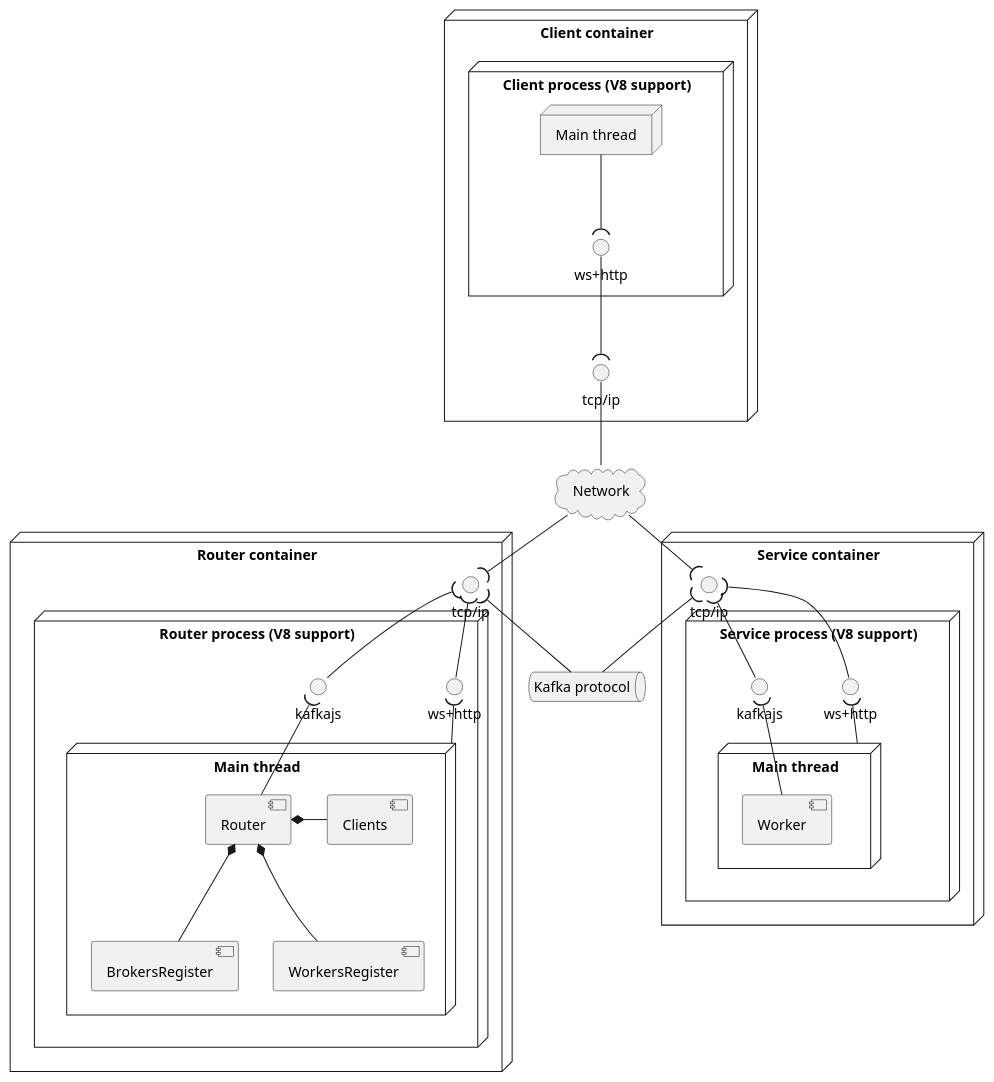
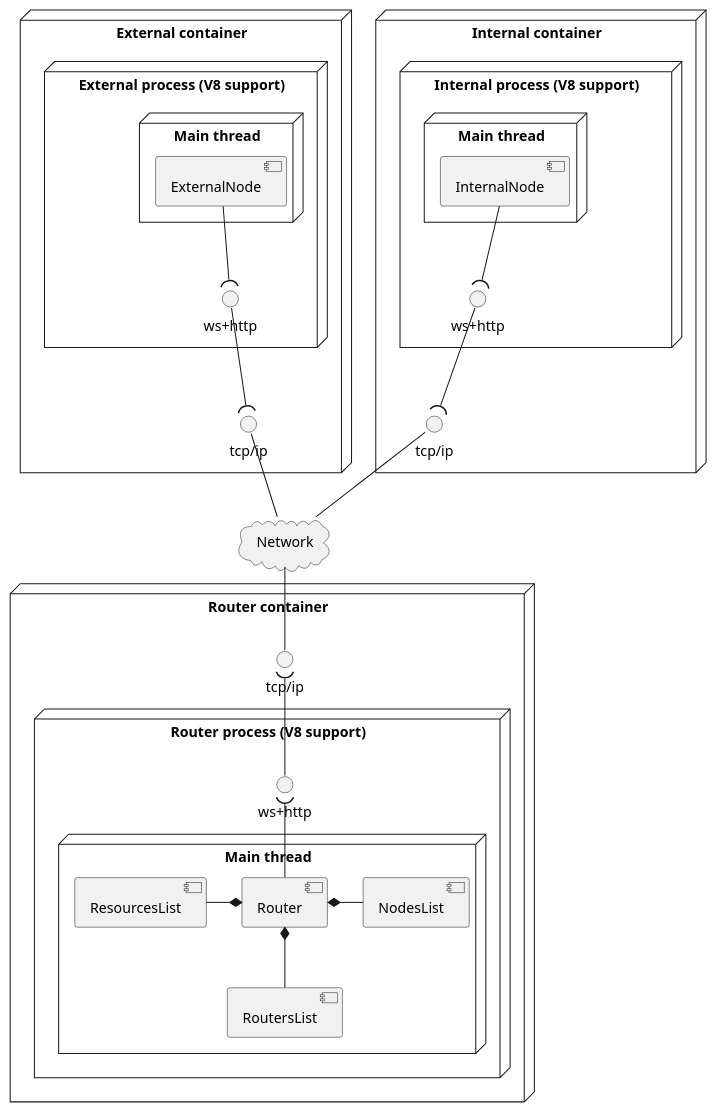
One commit to imazzine/mln changed the diagram in uml/puml/mln.io.puml. Above: the diagram before and after it, drawn with PlantUML. The commit also changed other lines of this file and 21 other files, not shown here.

```diff
--- a/uml/puml/mln.io.puml
+++ b/uml/puml/mln.io.puml
@@ -1,69 +1,51 @@
 @startuml io
 
-  node "Client container" as client_container {
-    node "Client process (V8 support)" as client_process {
-      node "Main thread" as client_main_thread {
-        
+  node "External container" as external_container {
+    interface "tcp/ip" as external_tcp_ip
+    node "External process (V8 support)" as external_process {
+      interface "ws+http" as external_websocket
+      node "Main thread" as external_main_thread {
+        component ExternalNode
       }
-      interface "ws+http" as client_websocket
-      client_main_thread --( client_websocket
+      ExternalNode --( external_websocket
     }
-    interface "tcp/ip" as client_tcp_ip
-    client_websocket --( client_tcp_ip
+    external_websocket --( external_tcp_ip
+  }
+
+  node "Internal container" as internal_container {
+    interface "tcp/ip" as internal_tcp_ip
+    node "Internal process (V8 support)" as internal_process {
+      interface "ws+http" as internal_websocket
+      node "Main thread" as internal_main_thread {
+        component InternalNode
+      }
+      InternalNode --( internal_websocket
+      internal_websocket --( internal_tcp_ip
+    }
   }
 
   cloud "Network" as network
-  client_tcp_ip -- network
+  external_tcp_ip -- network
+  internal_tcp_ip -- network 
 
   node "Router container" as router_container {
     interface "tcp/ip" as router_tcp_ip
-    network --( router_tcp_ip
 
     node "Router process (V8 support)" as router_process {
       interface "ws+http" as router_websocket
-      router_tcp_ip )- router_websocket
-
-      interface "kafkajs" as router_kafka_js
-      router_tcp_ip )-- router_kafka_js
 
       node "Main thread" as router_main_thread {
         component Router
-        router_kafka_js )-- Router
-
-        component Clients
-        Router *- Clients
-
-        component BrokersRegister
-        Router *-- BrokersRegister
-
-        component WorkersRegister
-        Router *-- WorkersRegister
+        component NodesList
+        component ResourcesList
+        component RoutersList
+        Router *- NodesList
+        ResourcesList -* Router
+        Router *-- RoutersList
       }
-      router_websocket )-- router_main_thread
     }
+    network -- router_tcp_ip
+    router_tcp_ip )-- router_websocket
+    router_websocket )-- Router
   }
-
-  node "Service container" as service_container {
-    interface "tcp/ip" as service_tcp_ip
-    network --( service_tcp_ip
-
-    node "Service process (V8 support)" as service_process {
-      interface "ws+http" as service_websocket
-      service_tcp_ip )- service_websocket
-
-      interface "kafkajs" as service_kafka_js
-      service_tcp_ip )-- service_kafka_js
-
-      node "Main thread" as service_main_thread {
-        component Worker
-        service_kafka_js )-- Worker
-      }
-      service_websocket )-- service_main_thread
-    }
-  }
-
-  queue "Kafka protocol" as kafka_protocol
-  router_tcp_ip )-- kafka_protocol
-  service_tcp_ip )-- kafka_protocol
-
 @enduml
```
